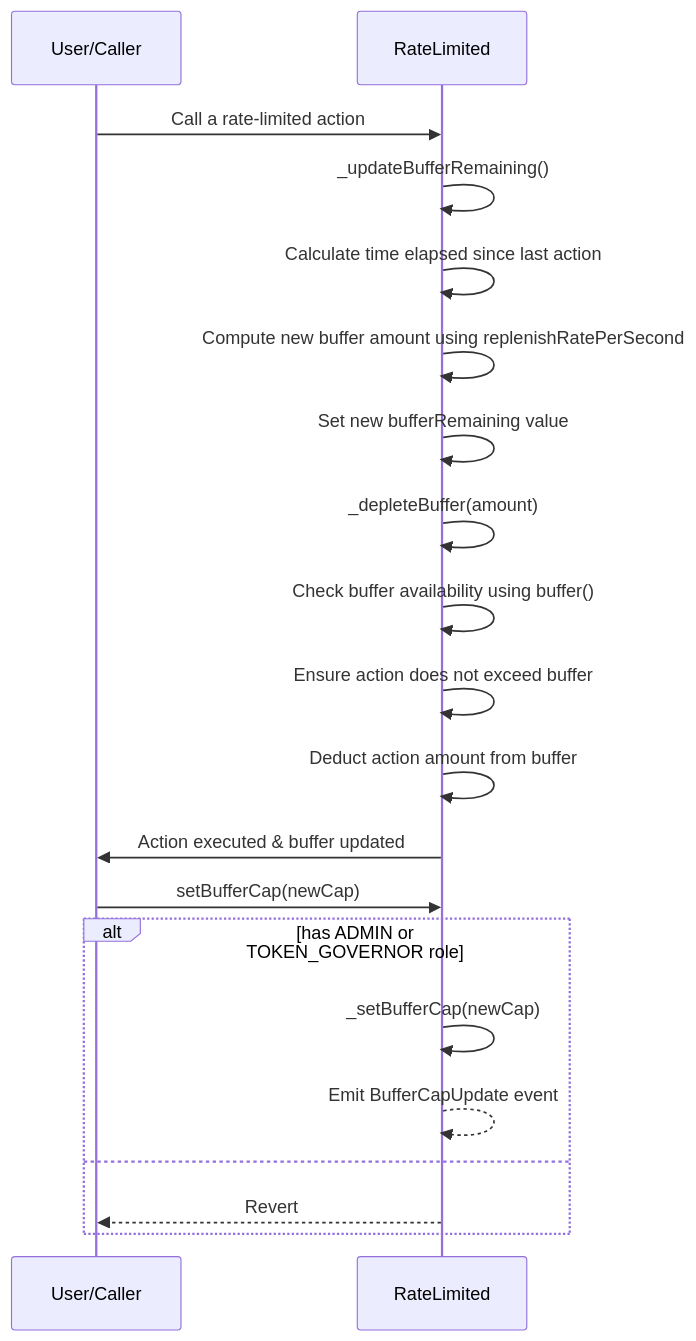
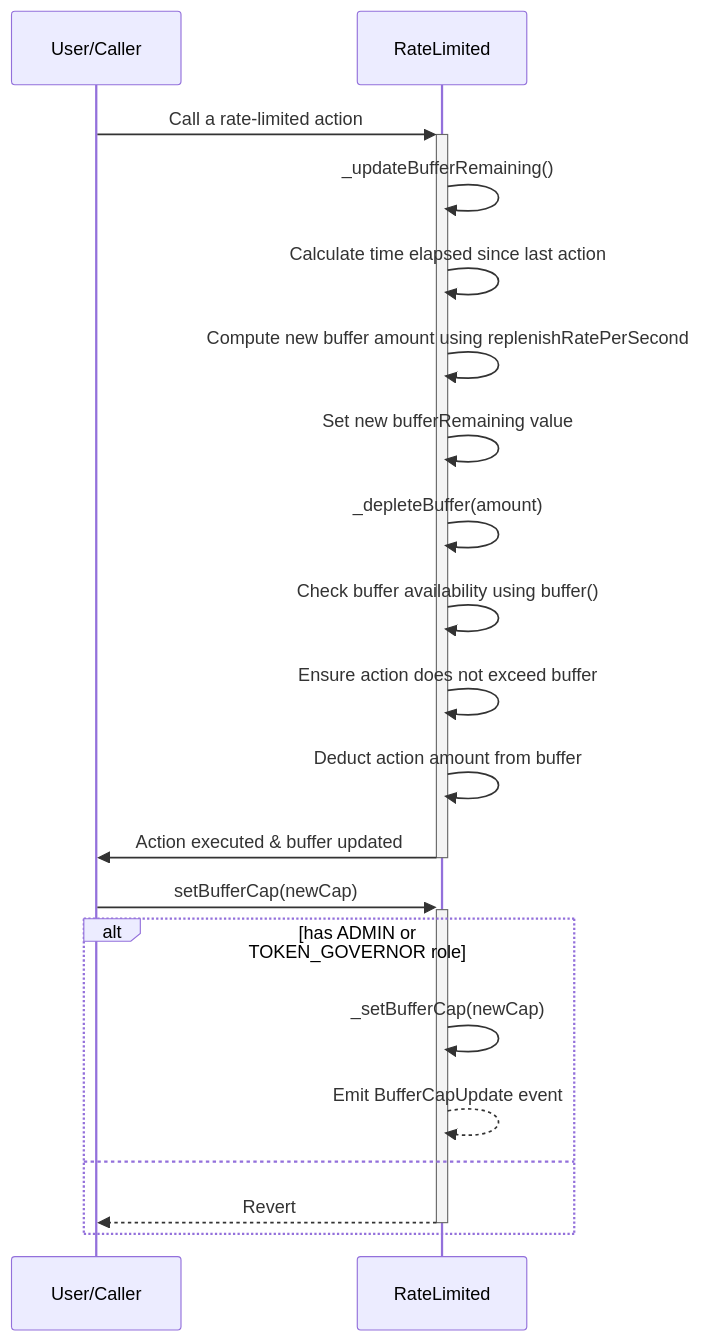
One commit to ZTX-Foundation/tuxedo changed the second of 2 diagrams in doc/contracts/utils/extensions/RateLimited.md. Above: the diagram before and after it, drawn with Mermaid. The commit also changed 12 other files, not shown here.

Commit message:
feat: updated sequence diagrams

````diff
--- a/doc/contracts/utils/extensions/RateLimited.md
+++ b/doc/contracts/utils/extensions/RateLimited.md
@@ -19,25 +19,26 @@
 ```mermaid
 sequenceDiagram
     participant User as User/Caller
     participant RateLimited as RateLimited
 
-    User->>RateLimited: Call a rate-limited action
+    User->>+RateLimited: Call a rate-limited action
     RateLimited->>RateLimited: _updateBufferRemaining()
     RateLimited->>RateLimited: Calculate time elapsed since last action
     RateLimited->>RateLimited: Compute new buffer amount using replenishRatePerSecond
     RateLimited->>RateLimited: Set new bufferRemaining value
 
     RateLimited->>RateLimited: _depleteBuffer(amount)
     RateLimited->>RateLimited: Check buffer availability using buffer()
     RateLimited->>RateLimited: Ensure action does not exceed buffer
     RateLimited->>RateLimited: Deduct action amount from buffer
 
-    RateLimited->>User: Action executed & buffer updated
-    User->>RateLimited: setBufferCap(newCap)
+    RateLimited->>-User: Action executed & buffer updated
+    
+    User->>+RateLimited: setBufferCap(newCap)
     alt has ADMIN or TOKEN_GOVERNOR role
         RateLimited->>RateLimited: _setBufferCap(newCap)
         RateLimited-->>RateLimited: Emit BufferCapUpdate event
     else
-        RateLimited-->>User: Revert
+        RateLimited-->>-User: Revert
     end
 ```
````
